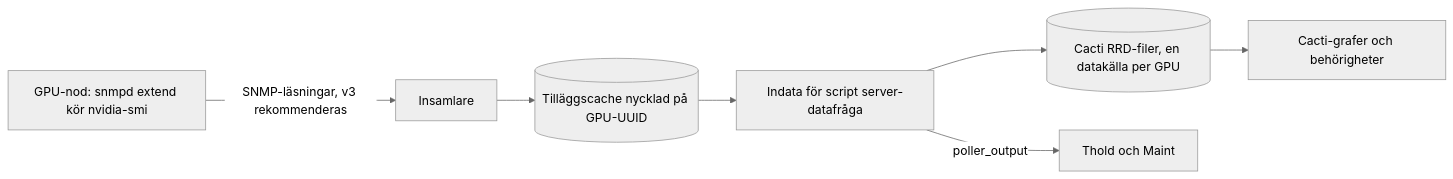
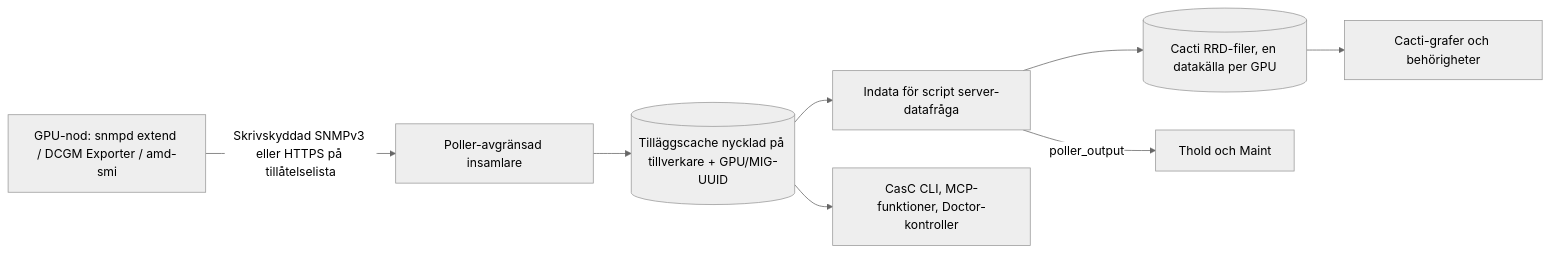
One commit to somethingwithproof/plugin_gpu changed the diagram in docs/i18n/sv-SE/README.md. Above: the diagram before and after it, drawn with Mermaid (neutral theme). The commit also changed other lines of this file and 47 other files, not shown here.

````diff
--- a/docs/i18n/sv-SE/README.md
+++ b/docs/i18n/sv-SE/README.md
@@ -114,9 +114,10 @@
 ```mermaid
 flowchart LR
-    NODE[GPU-nod: snmpd extend kör nvidia-smi] -->|SNMP-läsningar, v3 rekommenderas| C[Insamlare]
-    C --> CACHE[(Tilläggscache nycklad på GPU-UUID)]
+    NODE["GPU-nod: snmpd extend / DCGM Exporter / amd-smi"] -->|Skrivskyddad SNMPv3 eller HTTPS på tillåtelselista| C[Poller-avgränsad insamlare]
+    C --> CACHE[(Tilläggscache nycklad på tillverkare + GPU/MIG-UUID)]
     CACHE --> SS[Indata för script server-datafråga]
+    CACHE --> ECO[CasC CLI, MCP-funktioner, Doctor-kontroller]
     SS --> RRD[(Cacti RRD-filer, en datakälla per GPU)]
     SS -->|poller_output| T[Thold och Maint]
     RRD --> G[Cacti-grafer och behörigheter]
 ```
````
